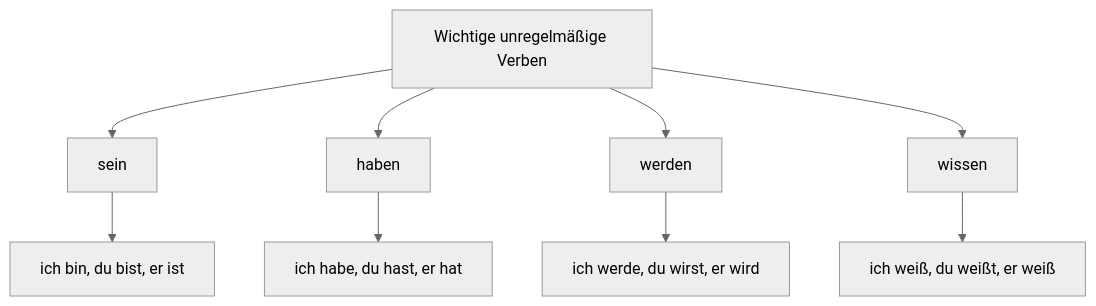
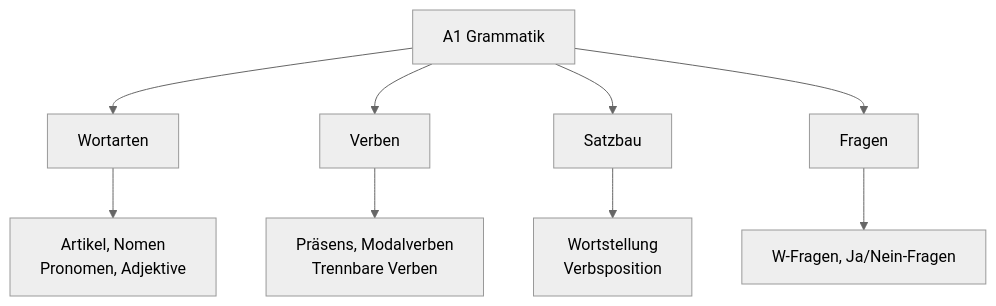
Before and after one commit to wulfnb/german: the first of 3 diagrams in docs/niveau/a1/grammatik.md, drawn with Mermaid (neutral theme). The commit also changed other lines of this file and 20 other files, not shown here.

````diff
--- a/docs/niveau/a1/grammatik.md
+++ b/docs/niveau/a1/grammatik.md
@@ -89,12 +8,12 @@
 ```mermaid
 graph TD
-    A[Wichtige unregelmäßige Verben] --> B[sein]
-    A --> C[haben]
-    A --> D[werden]
-    A --> E[wissen]
+    A[A1 Grammatik] --> B[Wortarten]
+    A --> C[Verben]
+    A --> D[Satzbau]
+    A --> E[Fragen]
     
-    B --> B1[ich bin, du bist, er ist]
-    C --> C1[ich habe, du hast, er hat]
-    D --> D1[ich werde, du wirst, er wird]
-    E --> E1[ich weiß, du weißt, er weiß]
+    B --> B1[Artikel, Nomen<br/>Pronomen, Adjektive]
+    C --> C1[Präsens, Modalverben<br/>Trennbare Verben]
+    D --> D1[Wortstellung<br/>Verbsposition]
+    E --> E1[W-Fragen, Ja/Nein-Fragen]
 ```
````
